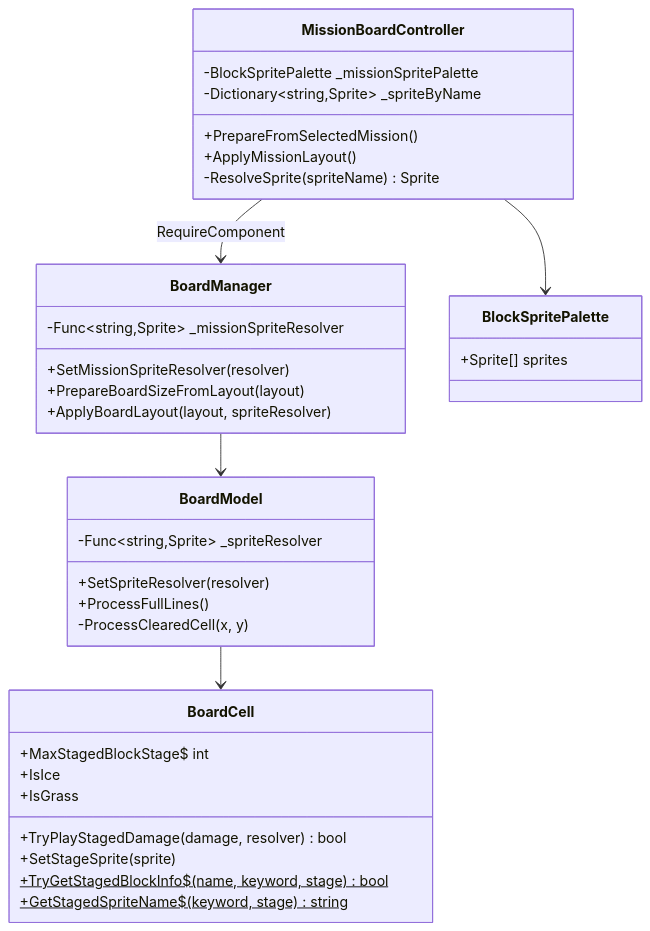
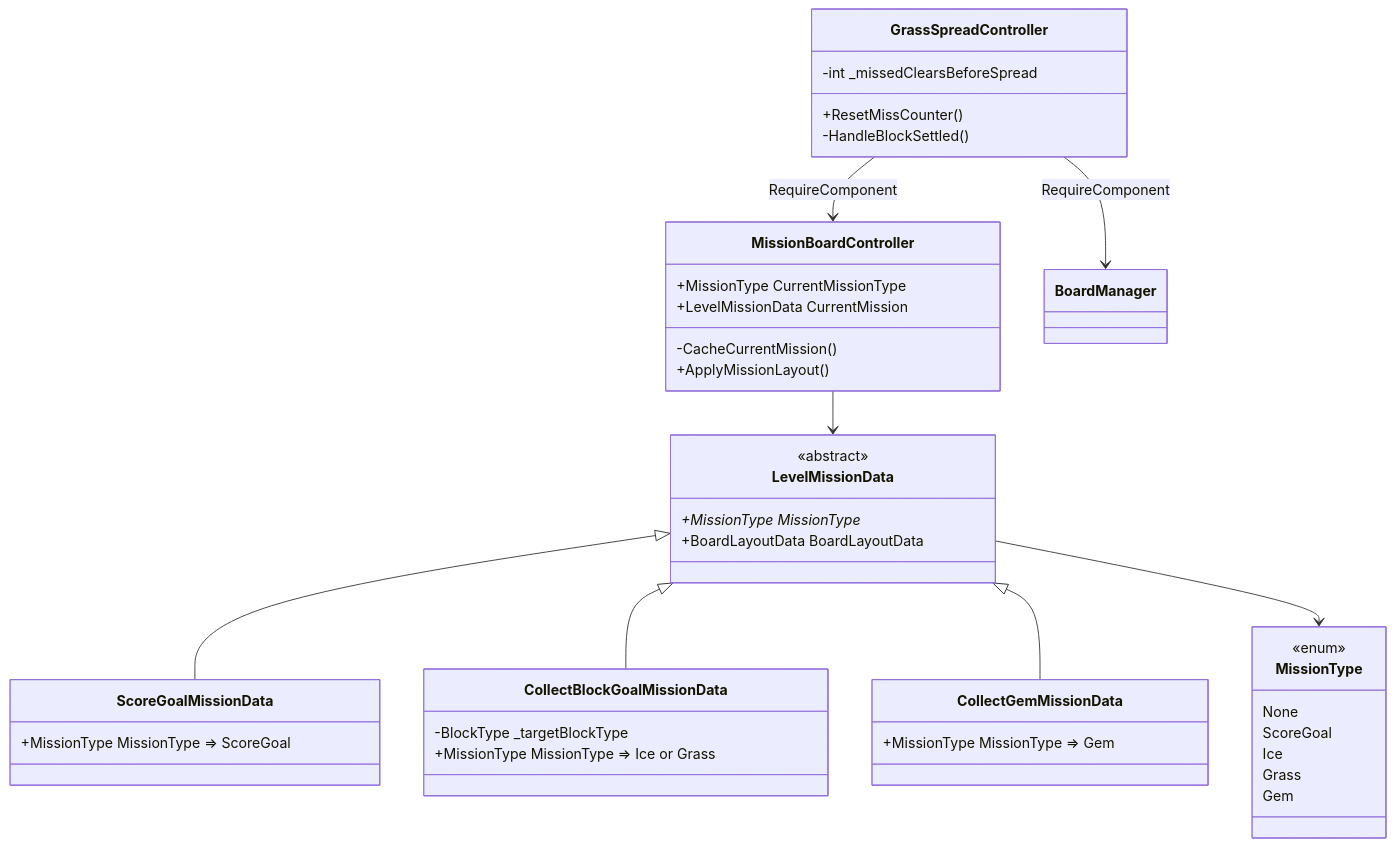
The third of 3 diagrams in docs/diagrams/mission-board-controller.md (chlghksgml01/BlockPuzzle), drawn with Mermaid before and after one commit. The commit also changed other lines of this file and 40 other files, not shown here.

````diff
--- a/docs/diagrams/mission-board-controller.md
+++ b/docs/diagrams/mission-board-controller.md
@@ -49,43 +66,51 @@
 ```mermaid
 classDiagram
-  class BoardManager {
-    -Func~string,Sprite~ _missionSpriteResolver
-    +SetMissionSpriteResolver(resolver)
-    +PrepareBoardSizeFromLayout(layout)
-    +ApplyBoardLayout(layout, spriteResolver)
+  class MissionType {
+    <<enum>>
+    None
+    ScoreGoal
+    Ice
+    Grass
+    Gem
   }
 
-  class BoardModel {
-    -Func~string,Sprite~ _spriteResolver
-    +SetSpriteResolver(resolver)
-    +ProcessFullLines()
-    -ProcessClearedCell(x, y)
+  class LevelMissionData {
+    <<abstract>>
+    +MissionType MissionType*
+    +BoardLayoutData BoardLayoutData
   }
 
-  class BoardCell {
-    +MaxStagedBlockStage$ int
-    +IsIce
-    +IsGrass
-    +TryPlayStagedDamage(damage, resolver) bool
-    +SetStageSprite(sprite)
-    +TryGetStagedBlockInfo$(name, keyword, stage)$ bool
-    +GetStagedSpriteName$(keyword, stage)$ string
+  class ScoreGoalMissionData {
+    +MissionType MissionType => ScoreGoal
+  }
+
+  class CollectBlockGoalMissionData {
+    -BlockType _targetBlockType
+    +MissionType MissionType => Ice or Grass
+  }
+
+  class CollectGemMissionData {
+    +MissionType MissionType => Gem
   }
 
   class MissionBoardController {
-    -BlockSpritePalette _missionSpritePalette
-    -Dictionary~string,Sprite~ _spriteByName
-    +PrepareFromSelectedMission()
+    +MissionType CurrentMissionType
+    +LevelMissionData CurrentMission
+    -CacheCurrentMission()
     +ApplyMissionLayout()
-    -ResolveSprite(spriteName) Sprite
   }
 
-  class BlockSpritePalette {
-    +Sprite[] sprites
+  class GrassSpreadController {
+    -int _missedClearsBeforeSpread
+    +ResetMissCounter()
+    -HandleBlockSettled()
   }
 
-  MissionBoardController --> BoardManager : RequireComponent
-  MissionBoardController --> BlockSpritePalette
-  BoardManager --> BoardModel
-  BoardModel --> BoardCell
+  LevelMissionData <|-- ScoreGoalMissionData
+  LevelMissionData <|-- CollectBlockGoalMissionData
+  LevelMissionData <|-- CollectGemMissionData
+  LevelMissionData --> MissionType
+  MissionBoardController --> LevelMissionData
+  GrassSpreadController --> MissionBoardController : RequireComponent
+  GrassSpreadController --> BoardManager : RequireComponent
 ```
````
